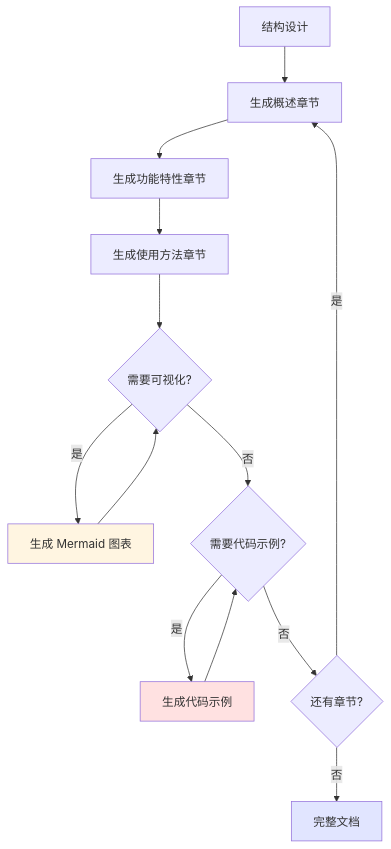
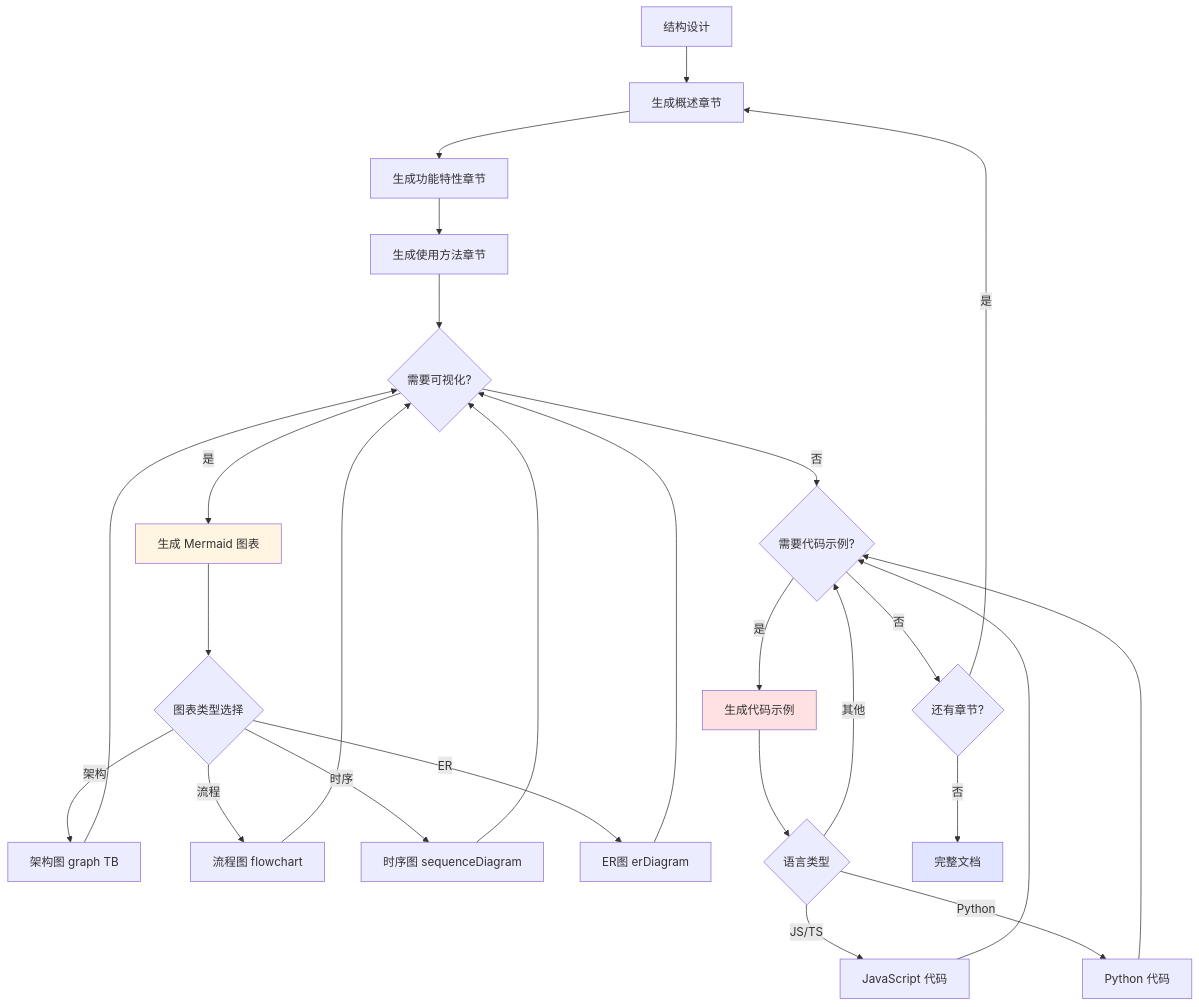
Before and after one commit to JIA-ss/agents: the ninth of 10 diagrams in agents/doc-writer.md, drawn with Mermaid. The commit also changed other lines of this file, not shown here.

````diff
--- a/agents/doc-writer.md
+++ b/agents/doc-writer.md
@@ -250,19 +370,28 @@
 ```mermaid
 flowchart TD
     Input[结构设计] --> Gen1[生成概述章节]
     Gen1 --> Gen2[生成功能特性章节]
     Gen2 --> Gen3[生成使用方法章节]
     Gen3 --> GenViz{需要可视化?}
     GenViz -->|是| CreateChart[生成 Mermaid 图表]
-    CreateChart --> GenViz
+    CreateChart --> ChartType{图表类型选择}
+    ChartType -->|架构| Arch[架构图 graph TB]
+    ChartType -->|流程| Flow[流程图 flowchart]
+    ChartType -->|时序| Seq[时序图 sequenceDiagram]
+    ChartType -->|ER| ER[ER图 erDiagram]
+    Arch & Flow & Seq & ER --> GenViz
     GenViz -->|否| GenCode{需要代码示例?}
     GenCode -->|是| CreateExample[生成代码示例]
-    CreateExample --> GenCode
+    CreateExample --> ExampleLang{语言类型}
+    ExampleLang -->|JS/TS| JSCode[JavaScript 代码]
+    ExampleLang -->|Python| PyCode[Python 代码]
+    ExampleLang -->|其他| GenCode
+    JSCode & PyCode --> GenCode
     GenCode -->|否| GenNext{还有章节?}
     GenNext -->|是| Gen1
     GenNext -->|否| Output[完整文档]
 
     style CreateChart fill:#fff5e1
     style CreateExample fill:#ffe1e1
     style Output fill:#e1e5ff
 ```
````
